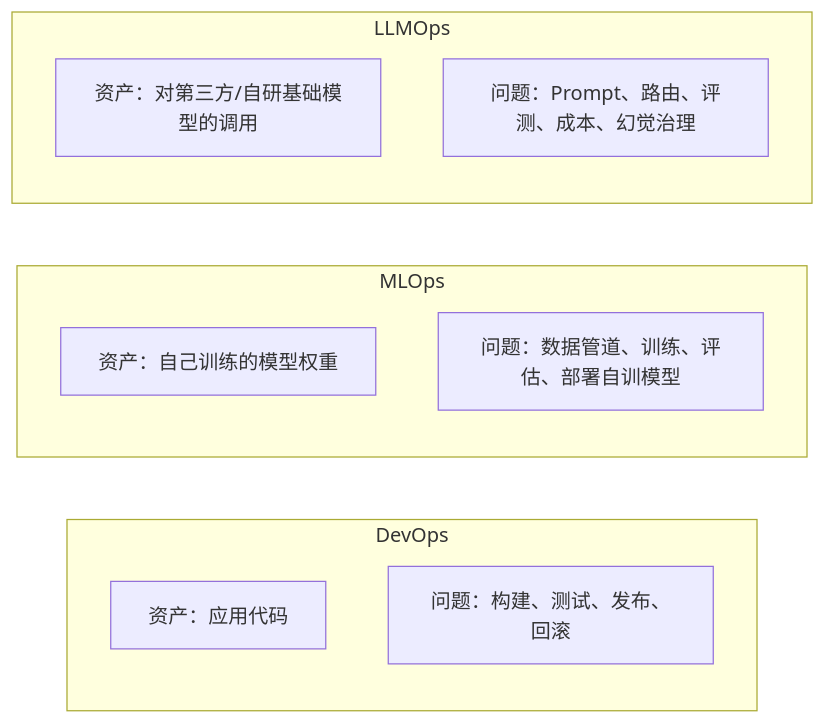
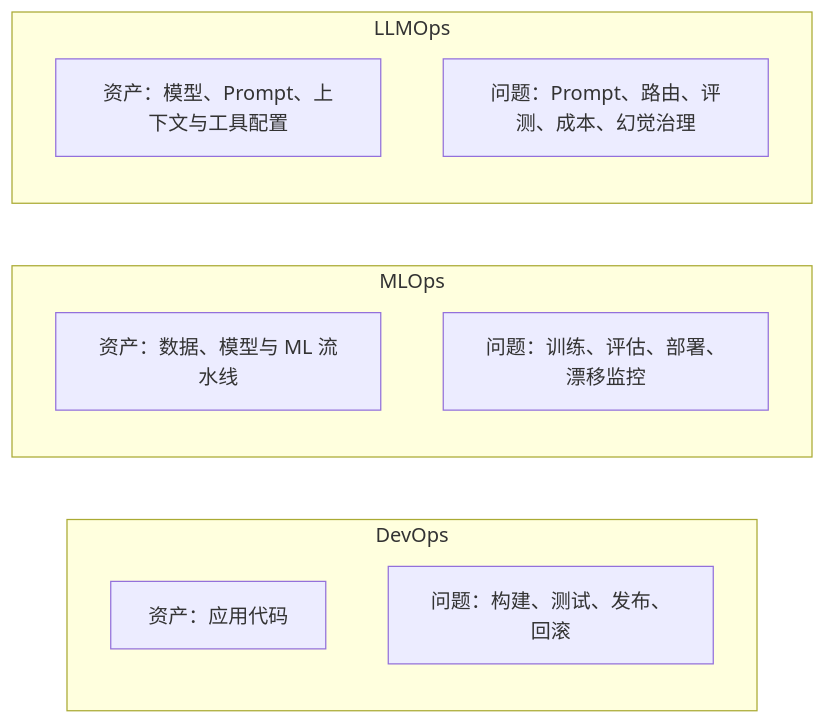
One commit to oneleaveknowsthefall/awesome-ai-roadmap changed the first of 2 diagrams in docs/engineering/01-foundations/01-llmops-vs-mlops-devops.md. Above: the diagram before and after it, drawn with Mermaid. The commit also changed other lines of this file and 26 other files, not shown here.

````diff
--- a/docs/engineering/01-foundations/01-llmops-vs-mlops-devops.md
+++ b/docs/engineering/01-foundations/01-llmops-vs-mlops-devops.md
@@ -7,15 +11,15 @@
 ```mermaid
 flowchart LR
     subgraph DevOps["DevOps"]
         D1["资产：应用代码"]
         D2["问题：构建、测试、发布、回滚"]
     end
     subgraph MLOps["MLOps"]
-        M1["资产：自己训练的模型权重"]
-        M2["问题：数据管道、训练、评估、部署自训模型"]
+        M1["资产：数据、模型与 ML 流水线"]
+        M2["问题：训练、评估、部署、漂移监控"]
     end
     subgraph LLMOps["LLMOps"]
-        L1["资产：对第三方/自研基础模型的调用"]
+        L1["资产：模型、Prompt、上下文与工具配置"]
         L2["问题：Prompt、路由、评测、成本、幻觉治理"]
     end
 ```
````
